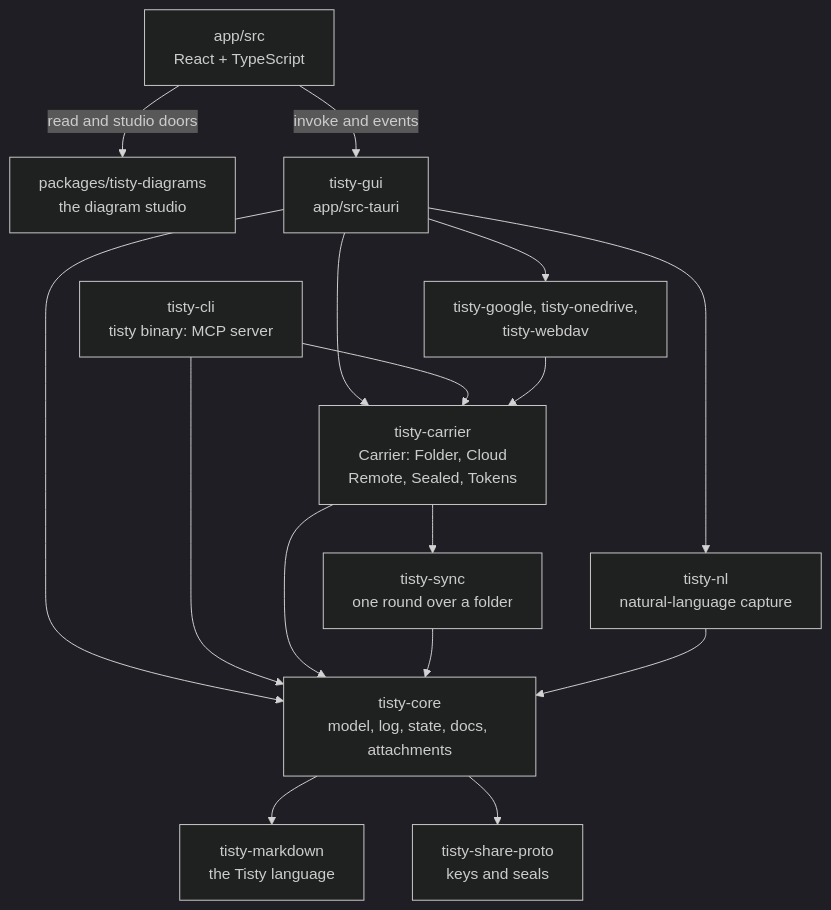
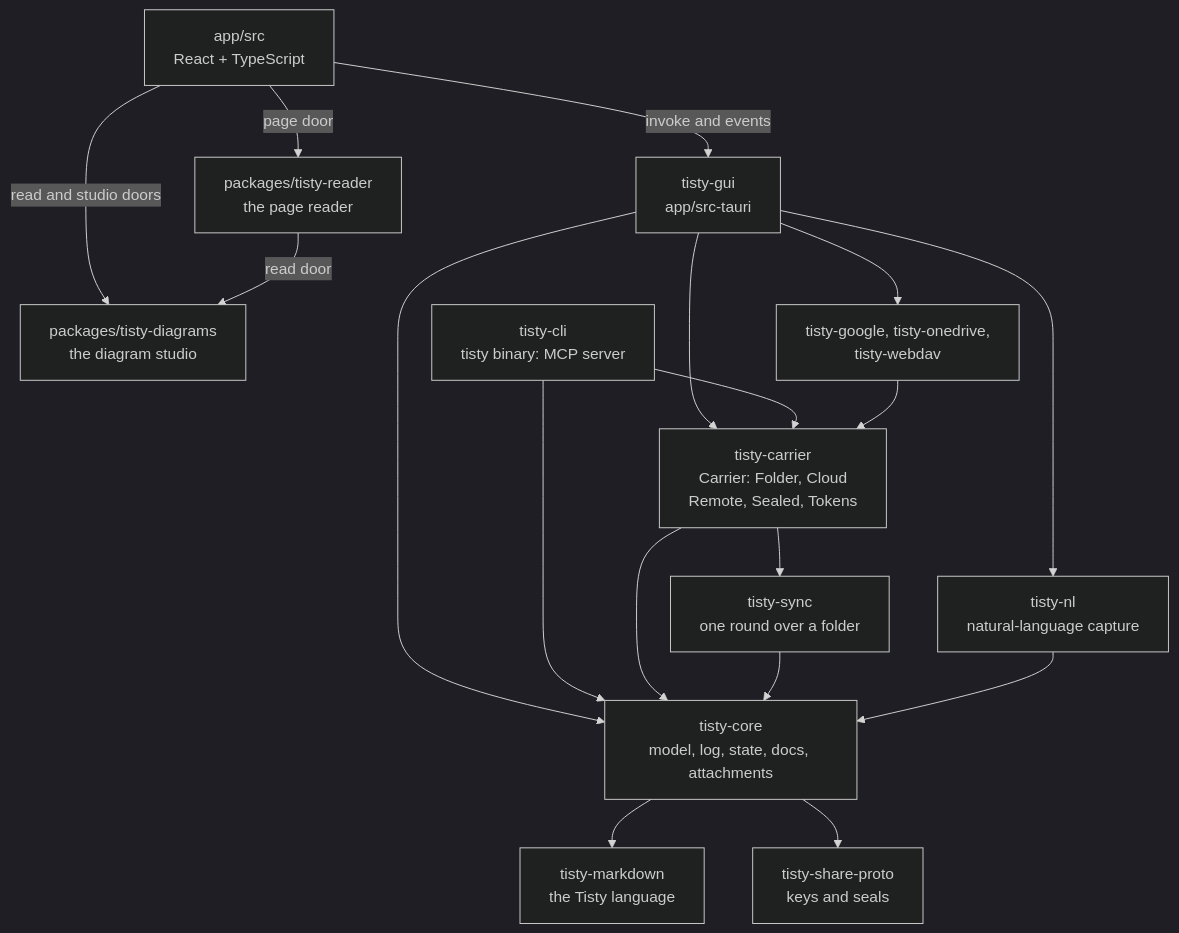
Before and after one commit to rgdevment/Tisty: the first of 5 diagrams in docs/ARCHITECTURE.md, drawn with Mermaid (dark theme). The commit also changed other lines of this file and 81 other files, not shown here.

First line of the commit message:
refactor(reader): the page reader moves to packages/tisty-reader, so the window (#489)

````diff
--- a/docs/ARCHITECTURE.md
+++ b/docs/ARCHITECTURE.md
@@ -49,29 +49,32 @@
 ```mermaid
 flowchart TB
   react["app/src<br/>React + TypeScript"]
   studio["packages/tisty-diagrams<br/>the diagram studio"]
+  reader["packages/tisty-reader<br/>the page reader"]
   gui["tisty-gui<br/>app/src-tauri"]
   cli["tisty-cli<br/>tisty binary: MCP server"]
   providers["tisty-google, tisty-onedrive,<br/>tisty-webdav"]
   carrier["tisty-carrier<br/>Carrier: Folder, Cloud<br/>Remote, Sealed, Tokens"]
   sync["tisty-sync<br/>one round over a folder"]
   nl["tisty-nl<br/>natural-language capture"]
   core["tisty-core<br/>model, log, state, docs, attachments"]
   md["tisty-markdown<br/>the Tisty language"]
   proto["tisty-share-proto<br/>keys and seals"]
   react -- "invoke and events" --> gui
   react -- "read and studio doors" --> studio
+  react -- "page door" --> reader
+  reader -- "read door" --> studio
   gui --> carrier
   gui --> providers
   gui --> nl
   gui --> core
   cli --> carrier
   cli --> core
   providers --> carrier
   carrier --> sync
   carrier --> core
   sync --> core
   nl --> core
   core --> md
   core --> proto
 ```
````
